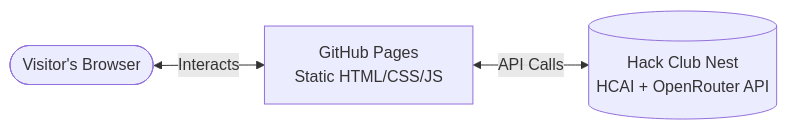
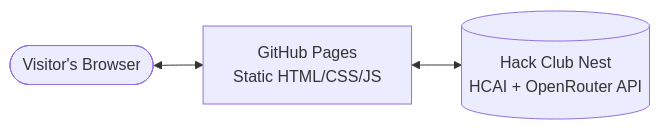
Before and after one commit to oleksandr1dovbenko/BobAI: the diagram in README.md, drawn with Mermaid. The commit also changed other lines of this file, not shown here.

````diff
--- a/README.md
+++ b/README.md
@@ -41,5 +41,5 @@
 ```mermaid
 flowchart LR
-    A([Visitor's Browser]) <-->|Interacts| B[GitHub Pages<br>Static HTML/CSS/JS]
-    B <-->|API Calls| C[(Hack Club Nest<br>HCAI + OpenRouter API)]
+    A([Visitor's Browser]) <--> B[GitHub Pages<br>Static HTML/CSS/JS]
+    B <--> C[(Hack Club Nest<br>HCAI + OpenRouter API)]
 ```
````
